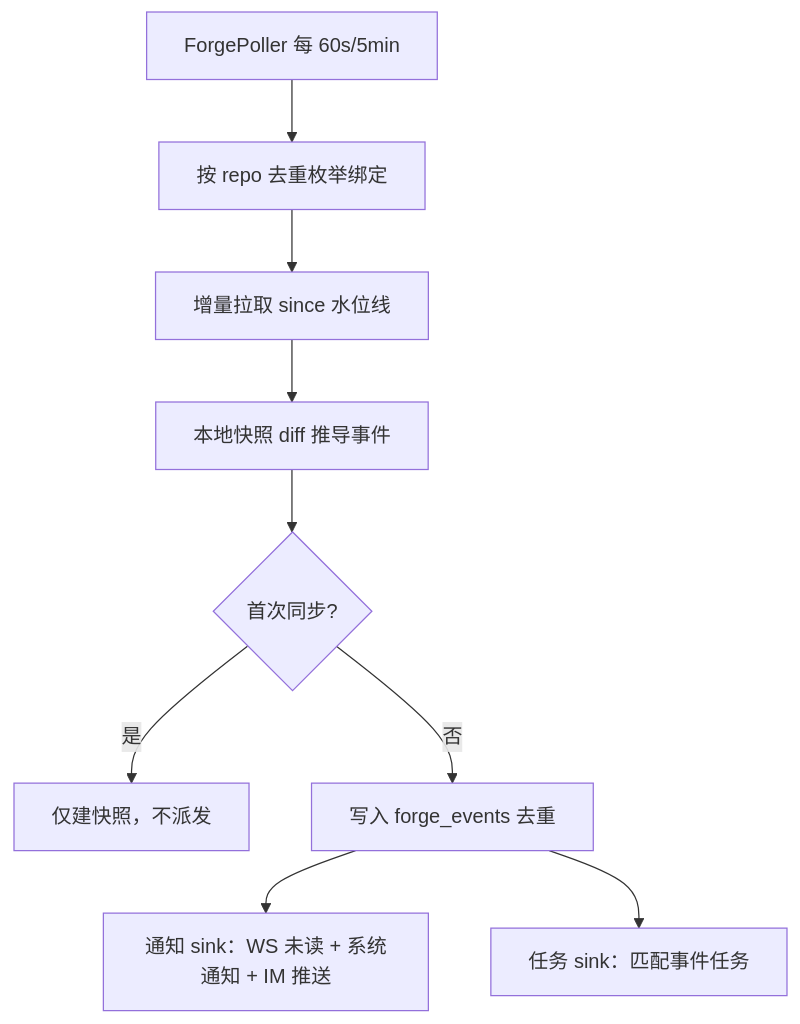
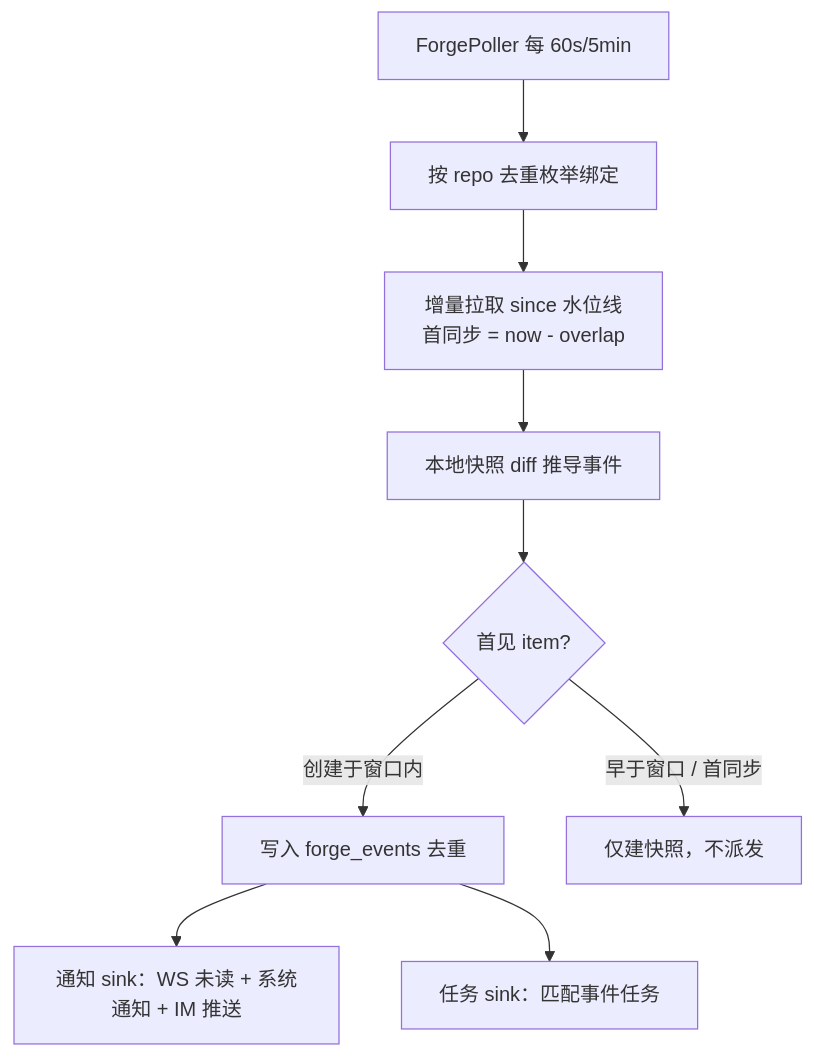
One commit to clawbench-dev/clawbench changed the third of 5 diagrams in docs/spec/features/forge-integration.md. Above: the diagram before and after it, drawn with Mermaid. The commit also changed other lines of this file and 4 other files, not shown here.

````diff
--- a/docs/spec/features/forge-integration.md
+++ b/docs/spec/features/forge-integration.md
@@ -48,11 +48,11 @@
 ```mermaid
 flowchart TD
     A[ForgePoller 每 60s/5min] --> B[按 repo 去重枚举绑定]
-    B --> C[增量拉取 since 水位线]
+    B --> C[增量拉取 since 水位线<br/>首同步 = now - overlap]
     C --> D[本地快照 diff 推导事件]
-    D --> E{首次同步?}
-    E -->|是| F[仅建快照，不派发]
-    E -->|否| G[写入 forge_events 去重]
+    D --> E{首见 item?}
+    E -->|创建于窗口内| G[写入 forge_events 去重]
+    E -->|早于窗口 / 首同步| F[仅建快照，不派发]
     G --> H[通知 sink：WS 未读 + 系统通知 + IM 推送]
     G --> I[任务 sink：匹配事件任务]
 ```
````
